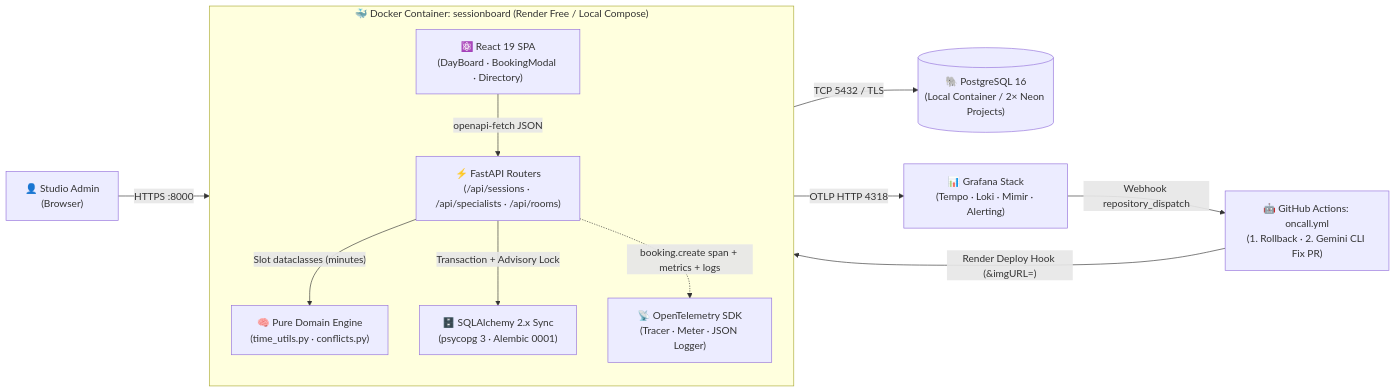
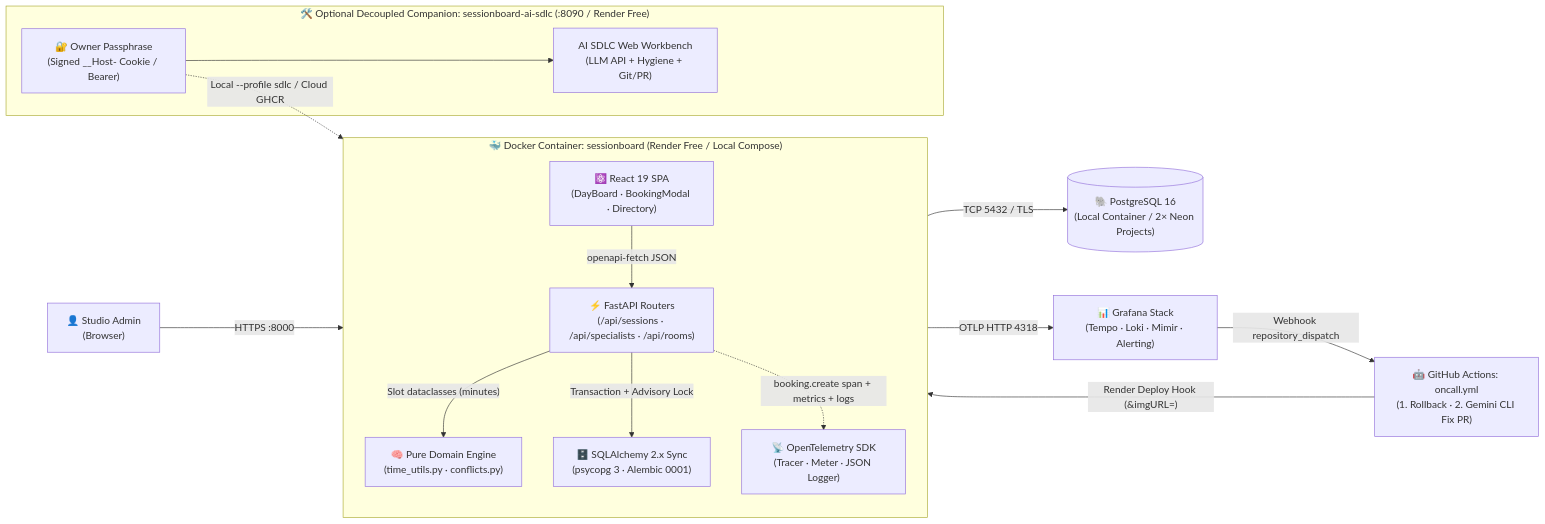
The first of 4 diagrams in docs/architecture.md (brut0/sessionboard), drawn with Mermaid before and after one commit. The commit also changed 23 other files, not shown here.

First line of the commit message:
feat: document full Dual AI SDLC and add owner-gated deployment (#34) (#35)

````diff
--- a/docs/architecture.md
+++ b/docs/architecture.md
@@ -21,23 +21,28 @@
 ```mermaid
 flowchart LR
   Admin["👤 Studio Admin<br/>(Browser)"] -->|HTTPS :8000| SPA
 
   subgraph APP["🐳 Docker Container: sessionboard (Render Free / Local Compose)"]
     direction TB
     SPA["⚛️ React 19 SPA<br/>(DayBoard · BookingModal · Directory)"]
     API["⚡ FastAPI Routers<br/>(/api/sessions · /api/specialists · /api/rooms)"]
     DOM["🧠 Pure Domain Engine<br/>(time_utils.py · conflicts.py)"]
     ORM["🗄️ SQLAlchemy 2.x Sync<br/>(psycopg 3 · Alembic 0001)"]
     OTEL["📡 OpenTelemetry SDK<br/>(Tracer · Meter · JSON Logger)"]
 
     SPA -->|"openapi-fetch JSON"| API
     API -->|"Slot dataclasses (minutes)"| DOM
     API -->|"Transaction + Advisory Lock"| ORM
     API -. "booking.create span + metrics + logs" .-> OTEL
   end
 
   ORM -->|"TCP 5432 / TLS"| PG[("🐘 PostgreSQL 16<br/>(Local Container / 2× Neon Projects)")]
   OTEL -->|"OTLP HTTP 4318"| LGTM["📊 Grafana Stack<br/>(Tempo · Loki · Mimir · Alerting)"]
   LGTM -->|"Webhook repository_dispatch"| ONCALL["🤖 GitHub Actions: oncall.yml<br/>(1. Rollback · 2. Gemini CLI Fix PR)"]
   ONCALL -->|"Render Deploy Hook (&imgURL=)"| APP
+
+  subgraph SDLC["🛠️ Optional Decoupled Companion: sessionboard-ai-sdlc (:8090 / Render Free)"]
+    OWNER["🔐 Owner Passphrase<br/>(Signed __Host- Cookie / Bearer)"] --> WB["AI SDLC Web Workbench<br/>(LLM API + Hygiene + Git/PR)"]
+  end
+  OWNER -. "Local --profile sdlc / Cloud GHCR" .-> APP
 ```
````
